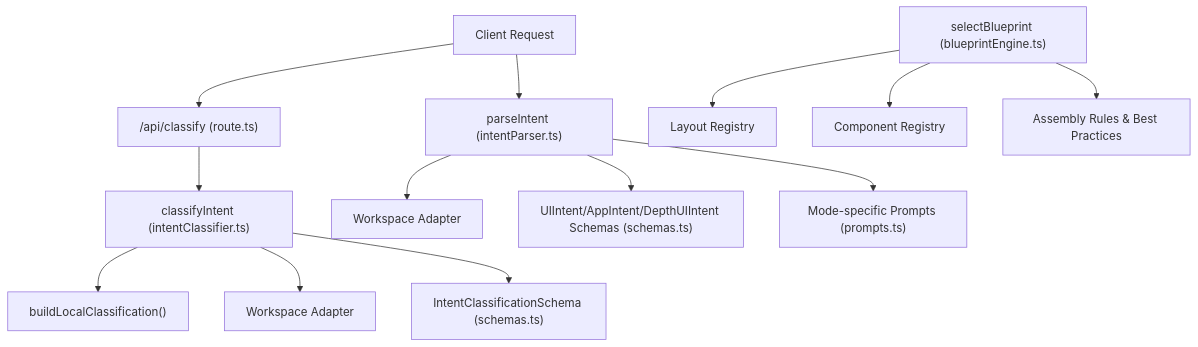
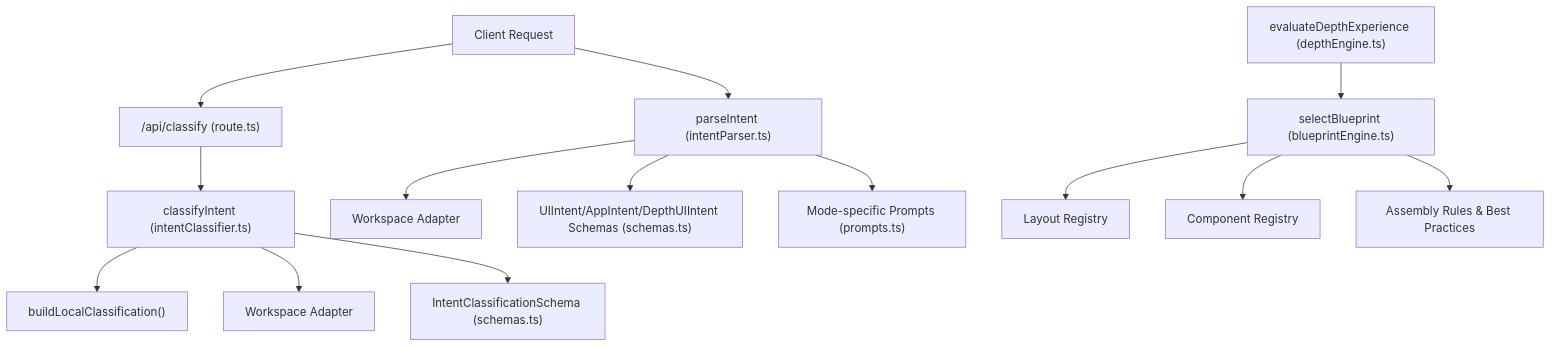
Before and after one commit to shekhargiri005-dotcom/AI-powered-accessibility-first-UI-engine: the first of 11 diagrams in .qoder/repowiki/en/content/AI Generation Engine/Core Generation Pipeline/Intent Processing & Blueprint Selection.md, drawn with Mermaid. The commit also changed other lines of this file and 6 other files, not shown here.

````diff
--- a/.qoder/repowiki/en/content/AI Generation Engine/Core Generation Pipeline/Intent Processing & Blueprint Selection.md
+++ b/.qoder/repowiki/en/content/AI Generation Engine/Core Generation Pipeline/Intent Processing & Blueprint Selection.md
@@ -50,15 +55,16 @@
 ```mermaid
 graph TB
 Client["Client Request"] --> API["/api/classify (route.ts)"]
 API --> Classifier["classifyIntent (intentClassifier.ts)"]
 Classifier --> LocalFallback["buildLocalClassification()"]
 Classifier --> Adapter["Workspace Adapter"]
 Classifier --> Schema["IntentClassificationSchema (schemas.ts)"]
 Client --> Parser["parseIntent (intentParser.ts)"]
 Parser --> Adapter2["Workspace Adapter"]
 Parser --> Schema2["UIIntent/AppIntent/DepthUIIntent Schemas (schemas.ts)"]
 Parser --> Prompts["Mode-specific Prompts (prompts.ts)"]
 Blueprint["selectBlueprint (blueprintEngine.ts)"] --> Layout["Layout Registry"]
 Blueprint --> Components["Component Registry"]
 Blueprint --> Rules["Assembly Rules & Best Practices"]
+DepthEngine["evaluateDepthExperience (depthEngine.ts)"] --> Blueprint
 ```
````
